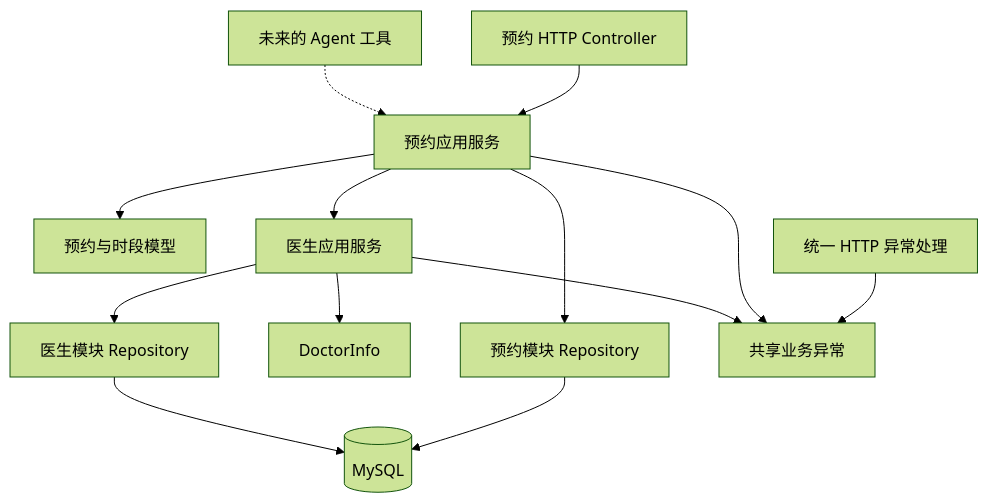
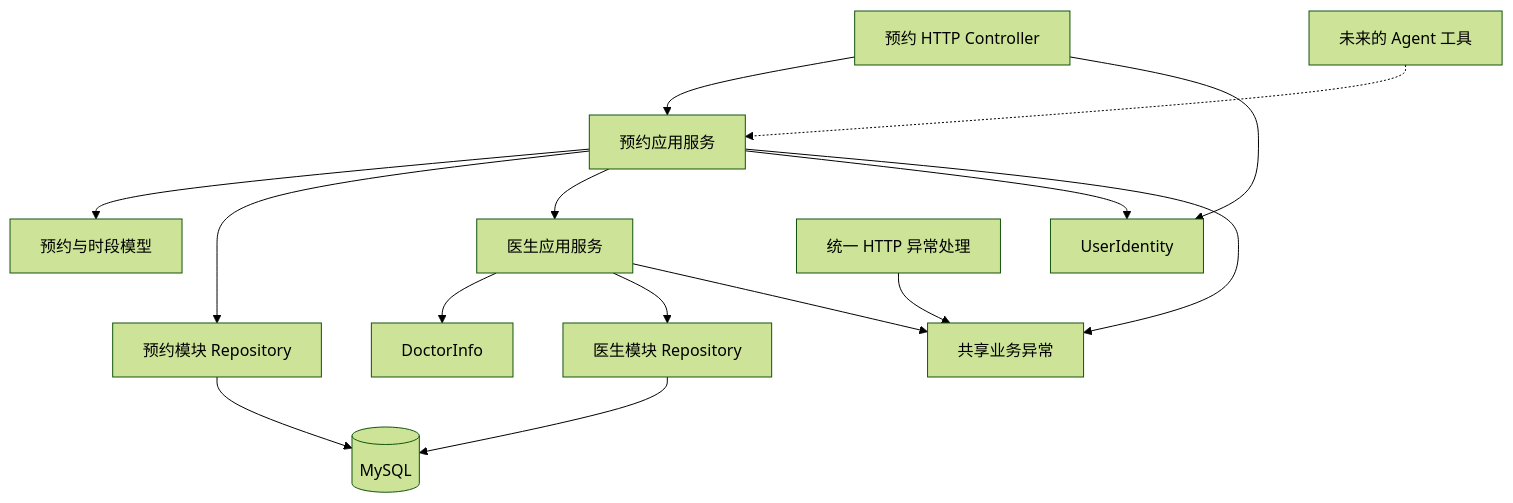
Before and after one commit to op1ed/appointment-manager: the diagram in docs/architecture.md, drawn with Mermaid (forest theme). The commit also changed other lines of this file and 50 other files, not shown here.

````diff
--- a/docs/architecture.md
+++ b/docs/architecture.md
@@ -71,15 +82,17 @@
 ```mermaid
 flowchart TD
     HTTP[预约 HTTP Controller] --> APP[预约应用服务]
     FUTURE[未来的 Agent 工具] -.-> APP
     APP --> DOMAIN[预约与时段模型]
     APP --> REPO[预约模块 Repository]
     APP --> DOCTOR[医生应用服务]
+    HTTP --> IDENTITY[UserIdentity]
+    APP --> IDENTITY
     DOCTOR --> INFO[DoctorInfo]
     DOCTOR --> DREPO[医生模块 Repository]
     REPO --> MYSQL[(MySQL)]
     DREPO --> MYSQL
     WEBERROR[统一 HTTP 异常处理] --> ERROR[共享业务异常]
     APP --> ERROR
     DOCTOR --> ERROR
 ```
````
